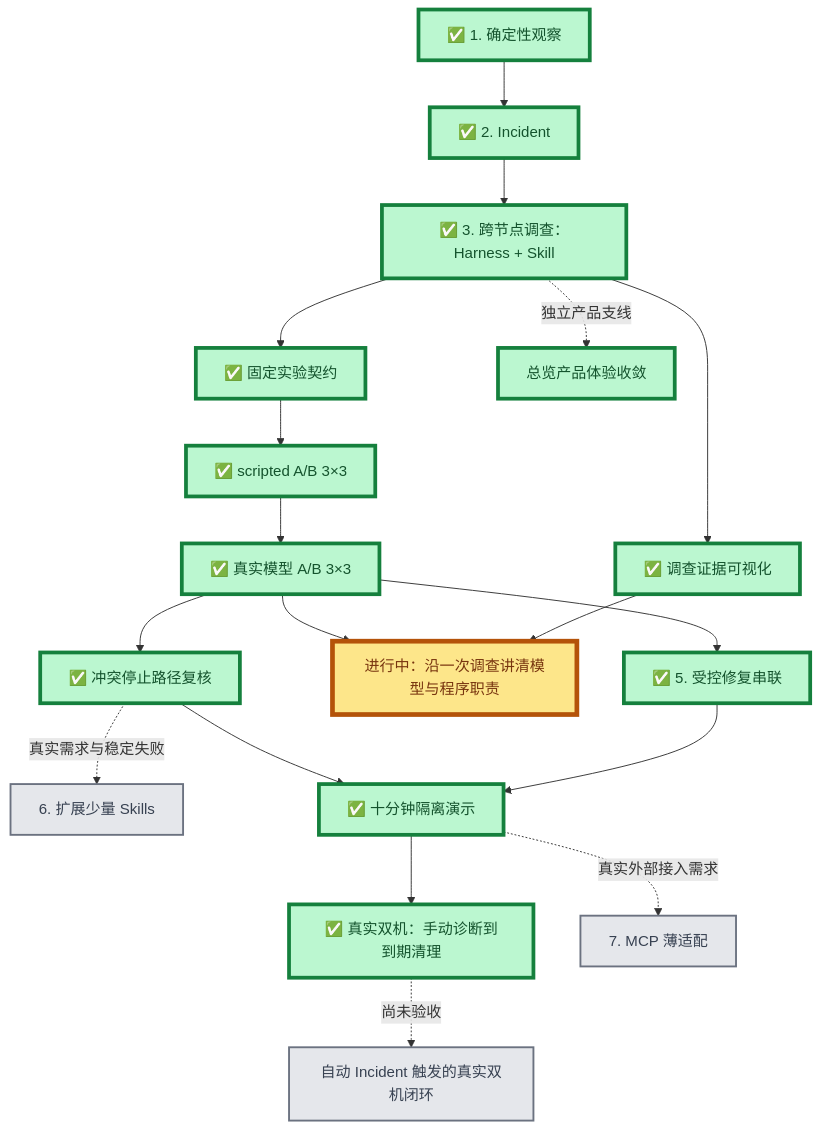
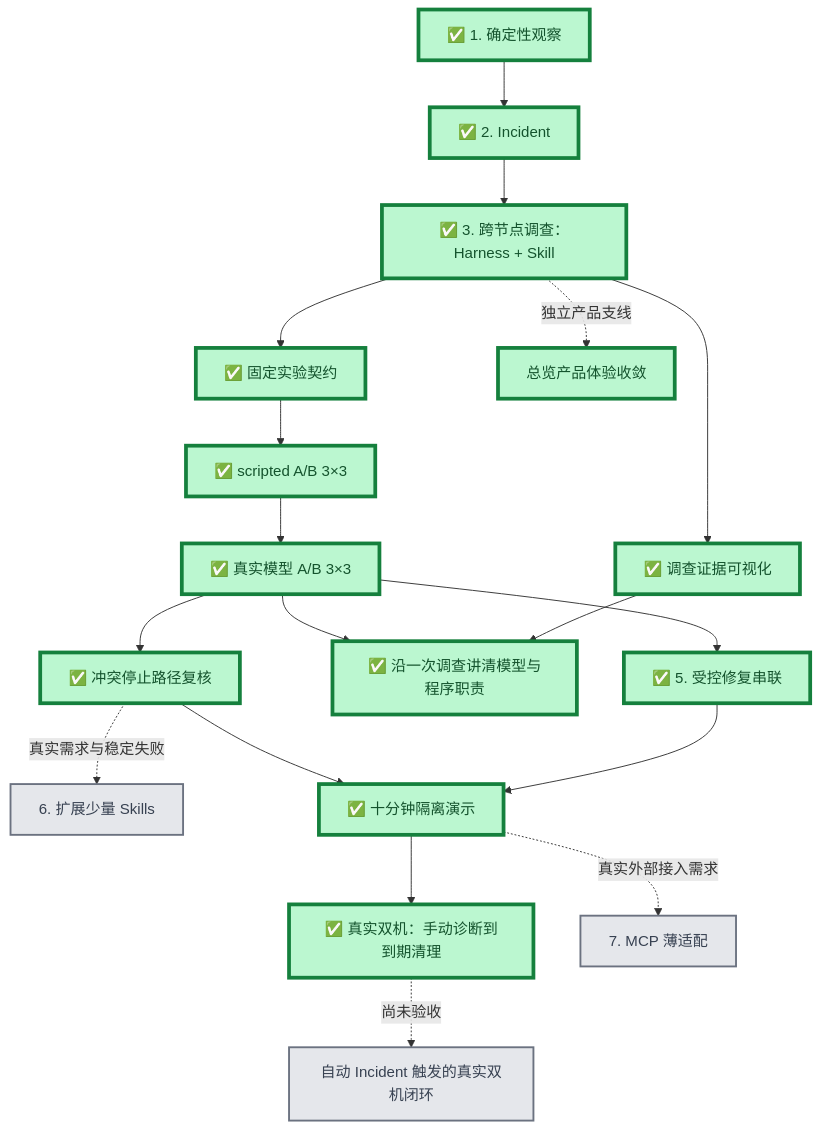
Before and after one commit to Sugarfarmeriod/TunnelMinion: the first of 2 diagrams in docs/project/roadmap.md, drawn with Mermaid. The commit also changed other lines of this file and 1 other file, not shown here.

````diff
--- a/docs/project/roadmap.md
+++ b/docs/project/roadmap.md
@@ -8,32 +8,32 @@
 ```mermaid
 flowchart TB
     A["✅ 1. 确定性观察"] --> B["✅ 2. Incident"]
     B --> C["✅ 3. 跨节点调查：Harness + Skill"]
 
     C --> D1["✅ 固定实验契约"]
     D1 --> D2["✅ scripted A/B 3×3"]
     D2 --> D3["✅ 真实模型 A/B 3×3"]
 
     D3 --> E["✅ 5. 受控修复串联"]
     C --> V["✅ 调查证据可视化"]
-    V --> W["进行中：沿一次调查讲清模型与程序职责"]
+    V --> W["✅ 沿一次调查讲清模型与程序职责"]
     D3 --> W
     D3 --> F["✅ 冲突停止路径复核"]
     F -.真实需求与稳定失败.-> K["6. 扩展少量 Skills"]
     E --> H["✅ 十分钟隔离演示"]
     F --> H
     H --> R["✅ 真实双机：手动诊断到到期清理"]
     R -.尚未验收.-> I["自动 Incident 触发的真实双机闭环"]
     H -.真实外部接入需求.-> G["7. MCP 薄适配"]
 
     C -.独立产品支线.-> U["总览产品体验收敛"]
 
     classDef done fill:#bbf7d0,stroke:#15803d,stroke-width:4px,color:#14532d;
     classDef current fill:#fde68a,stroke:#b45309,stroke-width:5px,color:#78350f;
     classDef next fill:#bfdbfe,stroke:#1d4ed8,stroke-width:3px,color:#1e3a8a;
     classDef later fill:#e5e7eb,stroke:#6b7280,stroke-width:2px,color:#374151;
     class A,B,C,D1,D2,D3,E,F,H,R,V done;
     class U done;
-    class W current;
+    class W done;
     class G,K,I later;
 ```
````
